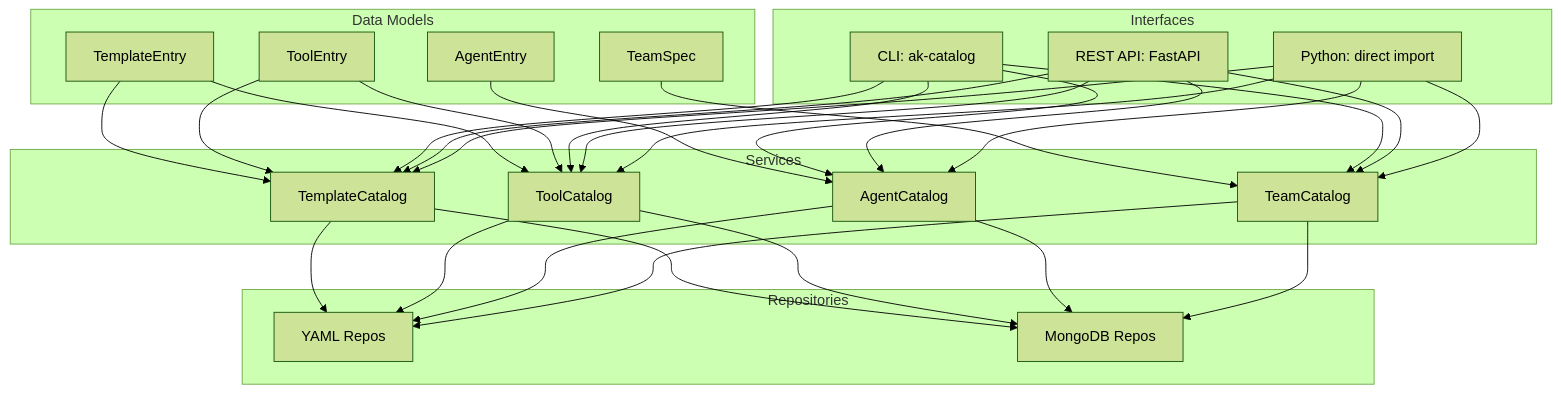
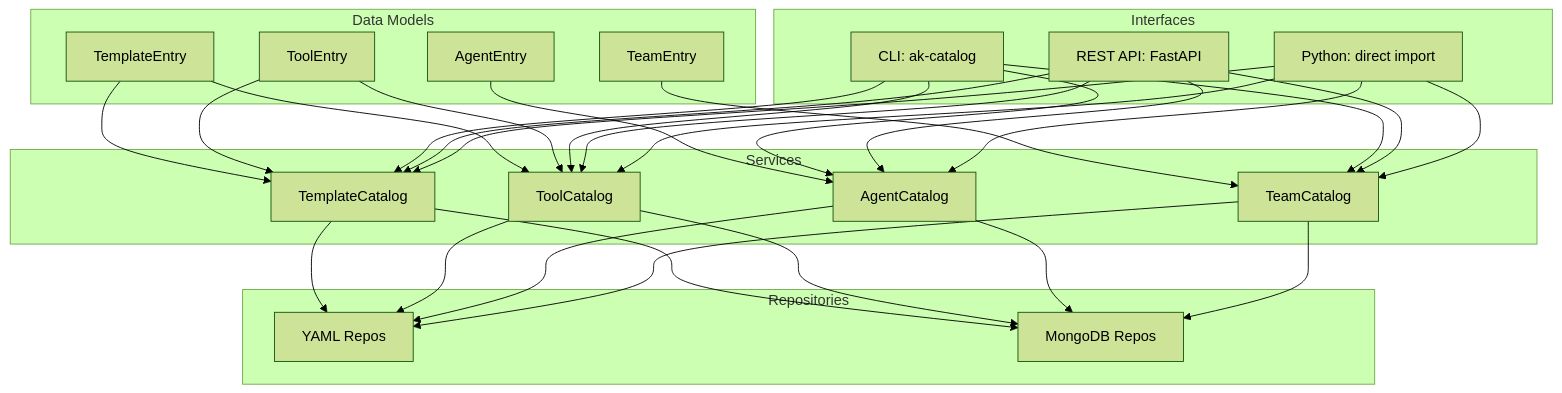
Before and after one commit to b12consulting/akgentic-catalog: the second of 2 diagrams in README.md, drawn with Mermaid (forest theme). The commit also changed other lines of this file and 40 other files, not shown here.

First line of the commit message:
refactor: rename TeamSpec to TeamEntry for naming consistency

````diff
--- a/README.md
+++ b/README.md
@@ -201,32 +201,32 @@
 ```mermaid
 flowchart TD
     subgraph "Data Models"
         TE[TemplateEntry]
         OE[ToolEntry]
         AE[AgentEntry]
-        TS[TeamSpec]
+        TS[TeamEntry]
     end
     subgraph "Repositories"
         YR[YAML Repos]
         MR[MongoDB Repos]
     end
     subgraph "Services"
         TCS[TemplateCatalog]
         OCS[ToolCatalog]
         ACS[AgentCatalog]
         MCS[TeamCatalog]
     end
     subgraph "Interfaces"
         CLIBOX[CLI: ak-catalog]
         APIBOX[REST API: FastAPI]
         PYBOX[Python: direct import]
     end
 
     TE & OE --> TCS & OCS
     AE --> ACS
     TS --> MCS
     TCS & OCS --> YR & MR
     ACS --> YR & MR
     MCS --> YR & MR
     CLIBOX & APIBOX & PYBOX --> TCS & OCS & ACS & MCS
 ```
````
